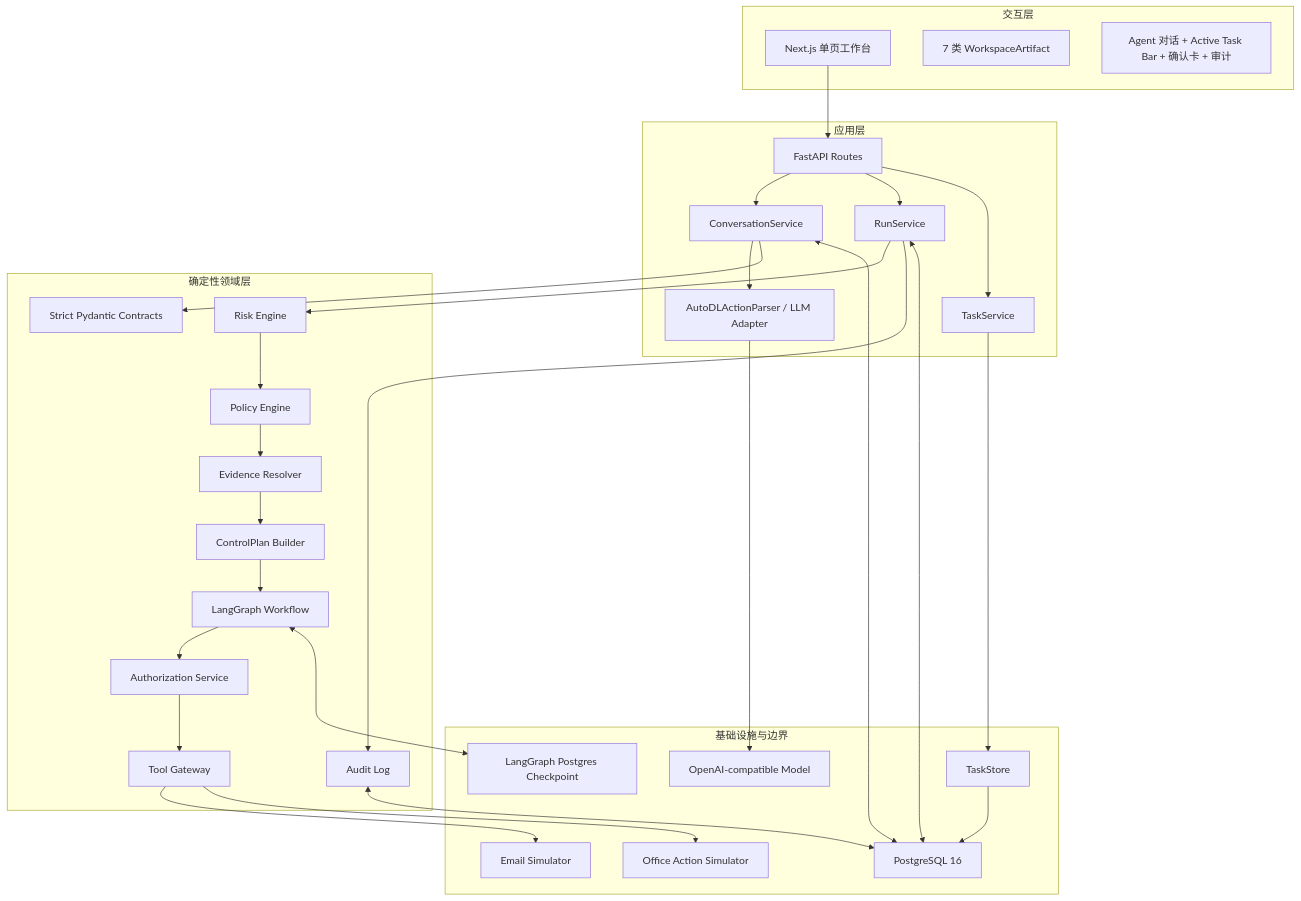
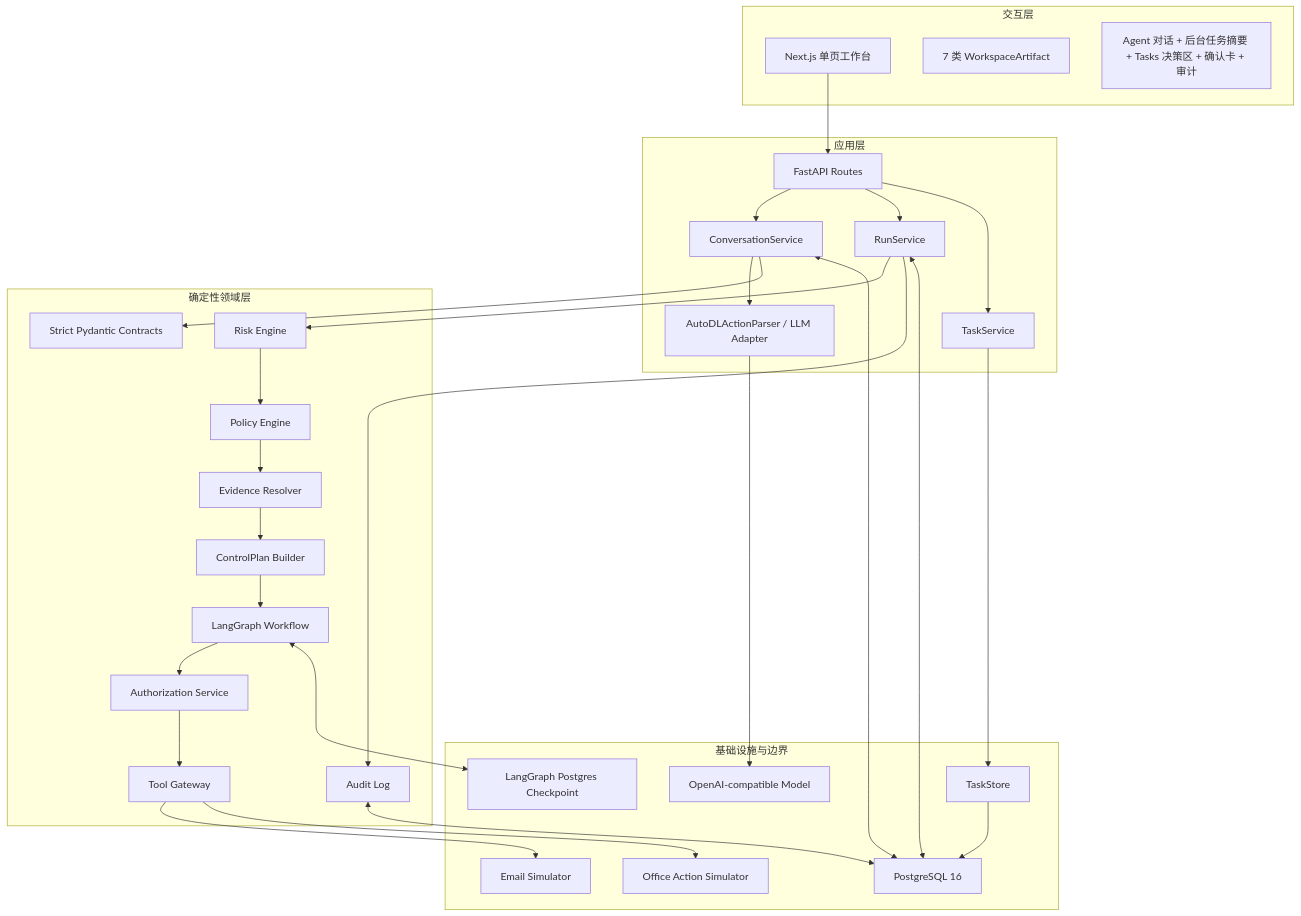
The first of 4 diagrams in docs/ARCHITECTURE.md (Dickey007s/lenovo_agent), drawn with Mermaid before and after one commit. The commit also changed other lines of this file and 25 other files, not shown here.

````diff
--- a/docs/ARCHITECTURE.md
+++ b/docs/ARCHITECTURE.md
@@ -17,54 +17,54 @@
 ```mermaid
 flowchart TB
     subgraph Client["交互层"]
         WEB["Next.js 单页工作台"]
         WORKSPACE["7 类 WorkspaceArtifact"]
-        CHAT["Agent 对话 + Active Task Bar + 确认卡 + 审计"]
+        CHAT["Agent 对话 + 后台任务摘要 + Tasks 决策区 + 确认卡 + 审计"]
     end
 
     subgraph API["应用层"]
         ROUTES["FastAPI Routes"]
         CONV["ConversationService"]
         RUN["RunService"]
         TASK["TaskService"]
         LLM["AutoDLActionParser / LLM Adapter"]
     end
 
     subgraph Domain["确定性领域层"]
         CONTRACTS["Strict Pydantic Contracts"]
         RISK["Risk Engine"]
         POLICY["Policy Engine"]
         EVIDENCE["Evidence Resolver"]
         PLAN["ControlPlan Builder"]
         GRAPH["LangGraph Workflow"]
         AUTH["Authorization Service"]
         GATEWAY["Tool Gateway"]
         AUDIT["Audit Log"]
     end
 
     subgraph Infra["基础设施与边界"]
         MODEL["OpenAI-compatible Model"]
         PG["PostgreSQL 16"]
         TASKSTORE["TaskStore"]
         CHECKPOINT["LangGraph Postgres Checkpoint"]
         EMAILSIM["Email Simulator"]
         OFFICESIM["Office Action Simulator"]
     end
 
     WEB --> ROUTES
     ROUTES --> CONV
     ROUTES --> RUN
     ROUTES --> TASK
     CONV --> LLM --> MODEL
     CONV --> CONTRACTS
     RUN --> RISK --> POLICY --> EVIDENCE --> PLAN
     PLAN --> GRAPH --> AUTH --> GATEWAY
     GATEWAY --> EMAILSIM
     GATEWAY --> OFFICESIM
     RUN --> AUDIT
     TASK --> TASKSTORE --> PG
     CONV <--> PG
     RUN <--> PG
     GRAPH <--> CHECKPOINT
     AUDIT <--> PG
 ```
````
